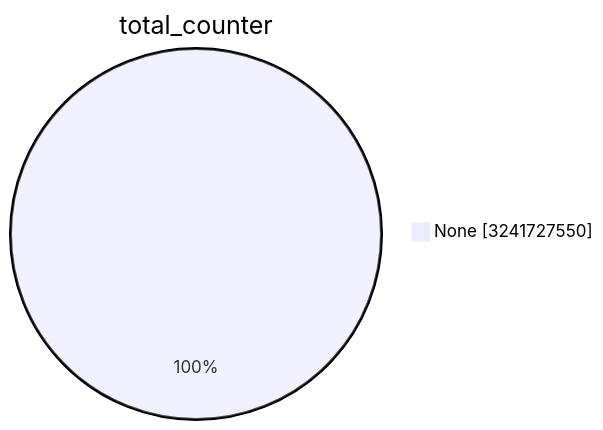
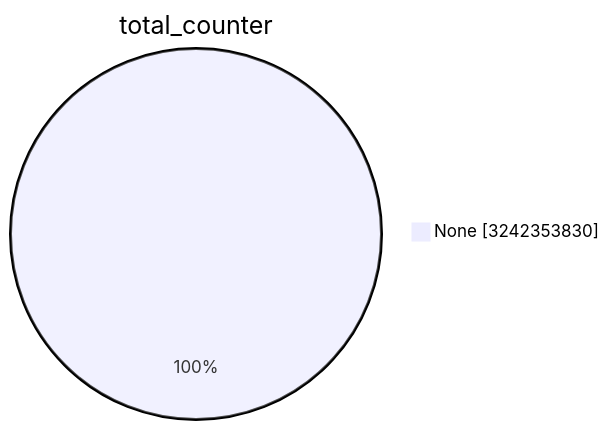
One commit to christiankrug/ctmonitor_visualization changed the first of 15 diagrams in TOTAL/README.md. Above: the diagram before and after it, drawn with Mermaid. The commit also changed other lines of this file, not shown here.

````diff
--- a/TOTAL/README.md
+++ b/TOTAL/README.md
@@ -1,5 +1,5 @@
 ```mermaid
 pie showData
 title total_counter
-"None" :3241727550
+"None" :3242353830
 ```
````
